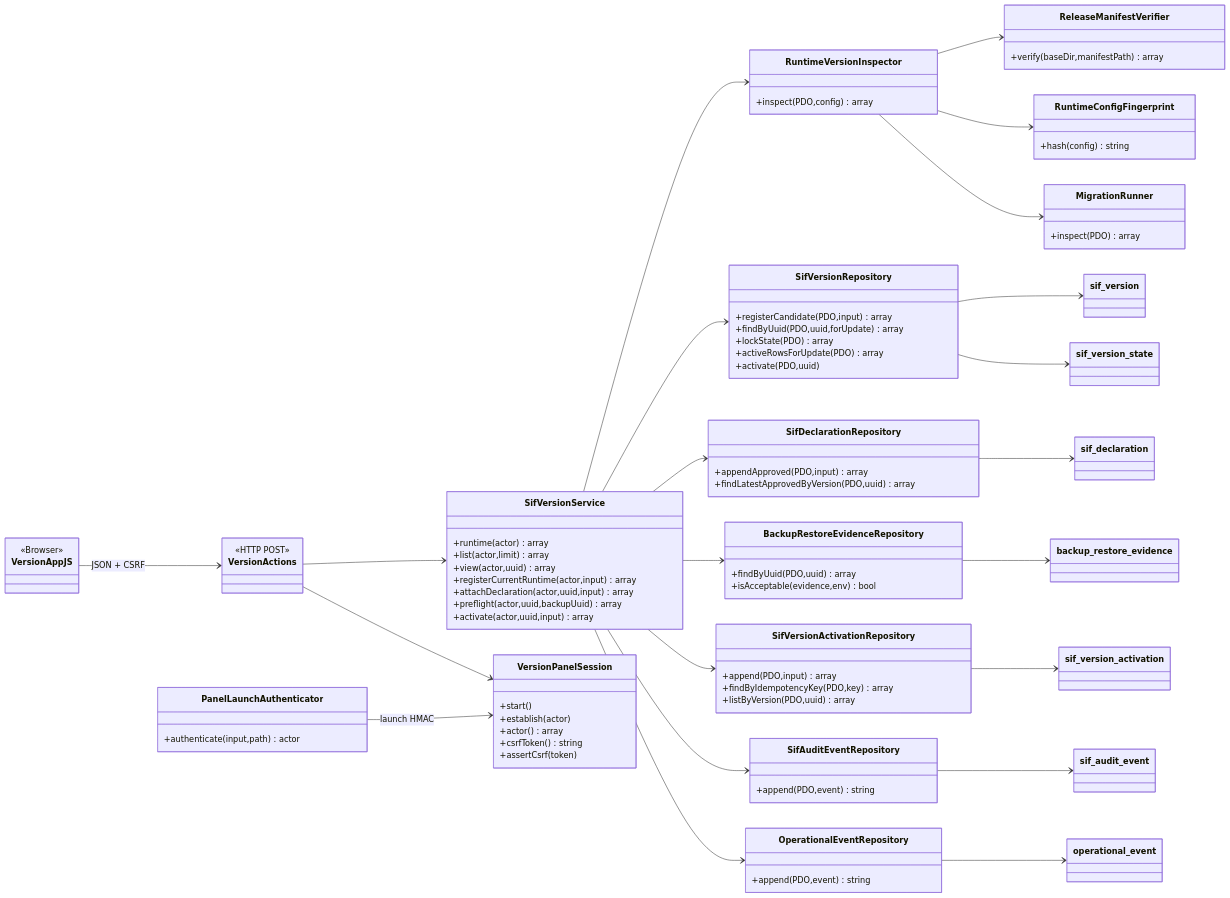
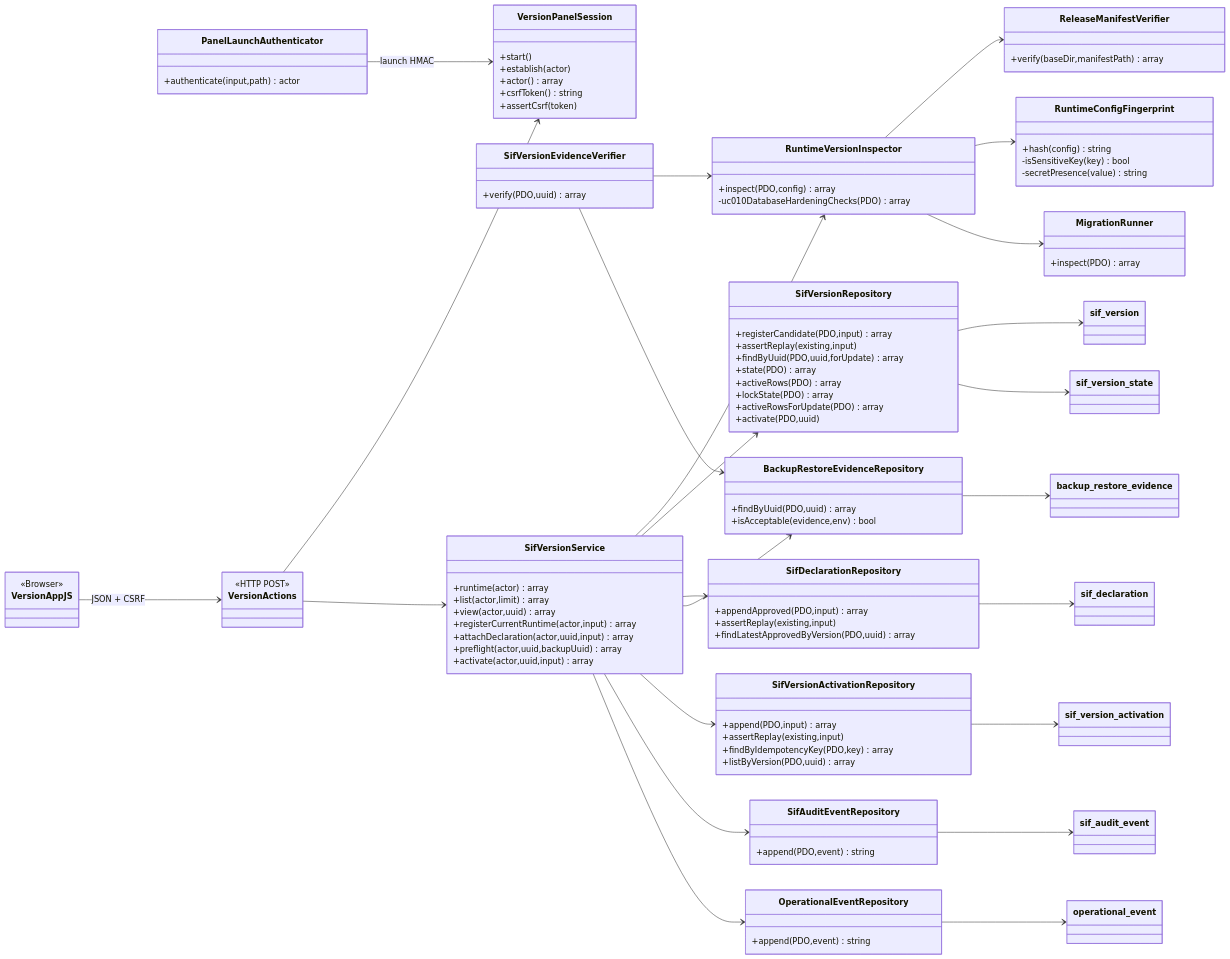
One commit to orgmeriemprismacat-del/verifactu changed the second of 4 diagrams in documentacio/07-uml-integrat/uc-010-classes-actual-final.md. Above: the diagram before and after it, drawn with Mermaid. The commit also changed other lines of this file, not shown here.

```diff
--- a/documentacio/07-uml-integrat/uc-010-classes-actual-final.md
+++ b/documentacio/07-uml-integrat/uc-010-classes-actual-final.md
@@ -89,25 +89,32 @@
 }
 class RuntimeVersionInspector {
   +inspect(PDO,config) array
+  -uc010DatabaseHardeningChecks(PDO) array
 }
 class ReleaseManifestVerifier {
   +verify(baseDir,manifestPath) array
 }
 class RuntimeConfigFingerprint {
   +hash(config) string
+  -isSensitiveKey(key) bool
+  -secretPresence(value) string
 }
 class MigrationRunner {
   +inspect(PDO) array
 }
 class SifVersionRepository {
   +registerCandidate(PDO,input) array
+  +assertReplay(existing,input)
   +findByUuid(PDO,uuid,forUpdate) array
+  +state(PDO) array
+  +activeRows(PDO) array
   +lockState(PDO) array
   +activeRowsForUpdate(PDO) array
   +activate(PDO,uuid)
 }
 class SifDeclarationRepository {
   +appendApproved(PDO,input) array
+  +assertReplay(existing,input)
   +findLatestApprovedByVersion(PDO,uuid) array
 }
 class BackupRestoreEvidenceRepository {
@@ -116,8 +123,12 @@
 }
 class SifVersionActivationRepository {
   +append(PDO,input) array
+  +assertReplay(existing,input)
   +findByIdempotencyKey(PDO,key) array
   +listByVersion(PDO,uuid) array
+}
+class SifVersionEvidenceVerifier {
+  +verify(PDO,uuid) array
 }
 class SifAuditEventRepository {
   +append(PDO,event) string
@@ -158,6 +169,8 @@
 SifVersionService --> BackupRestoreEvidenceRepository
 SifVersionService --> SifVersionActivationRepository
 SifVersionService --> SifAuditEventRepository
+SifVersionEvidenceVerifier --> RuntimeVersionInspector
+SifVersionEvidenceVerifier --> BackupRestoreEvidenceRepository
 SifVersionService --> OperationalEventRepository
 
 SifVersionRepository --> sif_version
```
